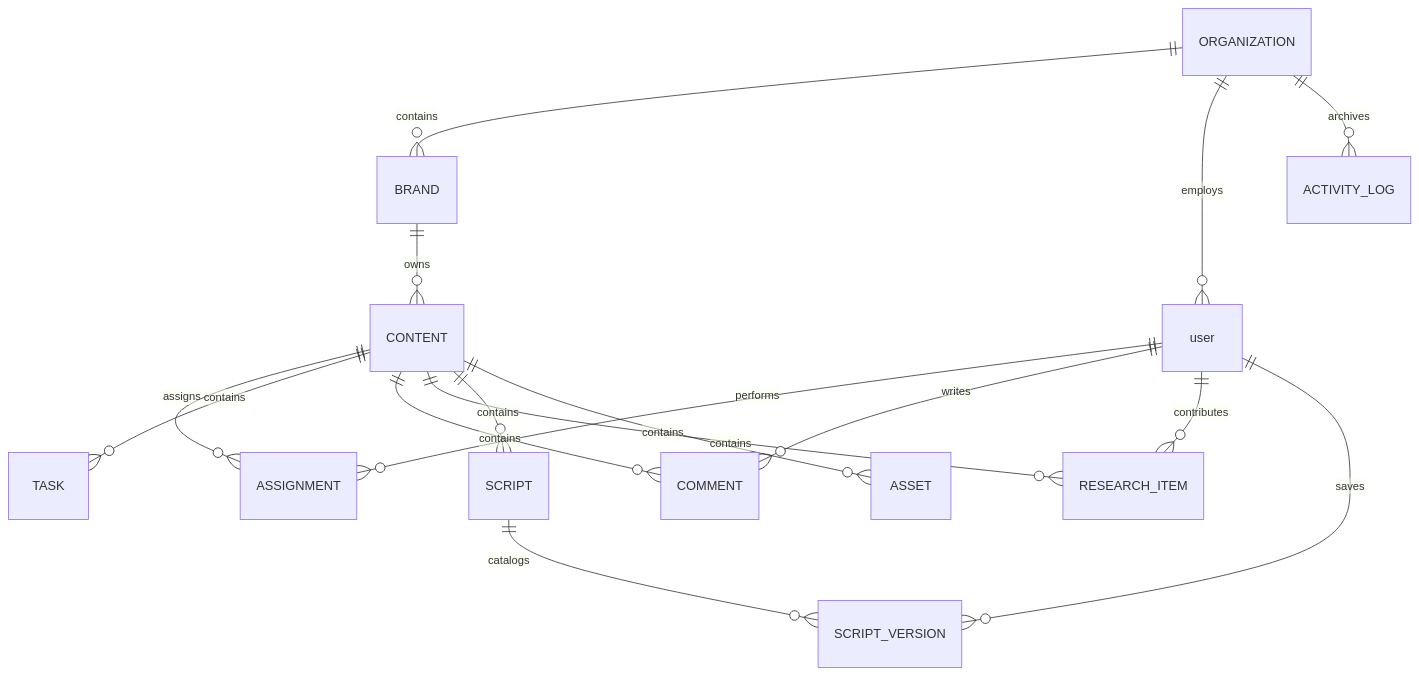
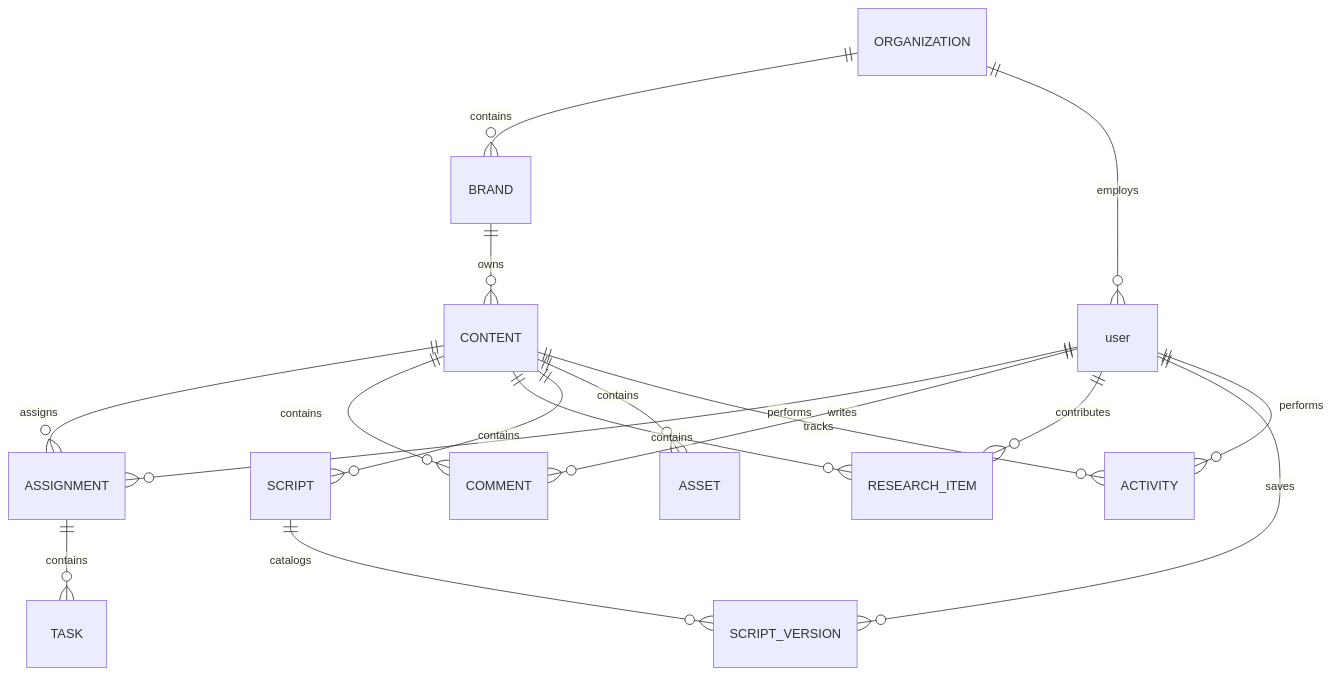
Before and after one commit to surya-thedeveloper/creatorOps: the second of 2 diagrams in docs/database-design.md, drawn with Mermaid. The commit also changed other lines of this file and 84 other files, not shown here.

````diff
--- a/docs/database-design.md
+++ b/docs/database-design.md
@@ -394,18 +424,19 @@
 ```mermaid
 erDiagram
     ORGANIZATION ||--o{ BRAND : contains
     ORGANIZATION ||--o{ "user" : employs
     BRAND ||--o{ CONTENT : owns
     CONTENT ||--o{ ASSIGNMENT : assigns
-    CONTENT ||--o{ TASK : contains
+    ASSIGNMENT ||--o{ TASK : contains
     CONTENT ||--o{ COMMENT : contains
     CONTENT ||--o{ RESEARCH_ITEM : contains
     CONTENT ||--o{ SCRIPT : contains
     CONTENT ||--o{ ASSET : contains
     "user" ||--o{ ASSIGNMENT : performs
     "user" ||--o{ COMMENT : writes
     "user" ||--o{ RESEARCH_ITEM : contributes
     "user" ||--o{ SCRIPT_VERSION : saves
     SCRIPT ||--o{ SCRIPT_VERSION : catalogs
-    ORGANIZATION ||--o{ ACTIVITY_LOG : archives
+    CONTENT ||--o{ ACTIVITY : tracks
+    "user" ||--o{ ACTIVITY : performs
 ```
````
